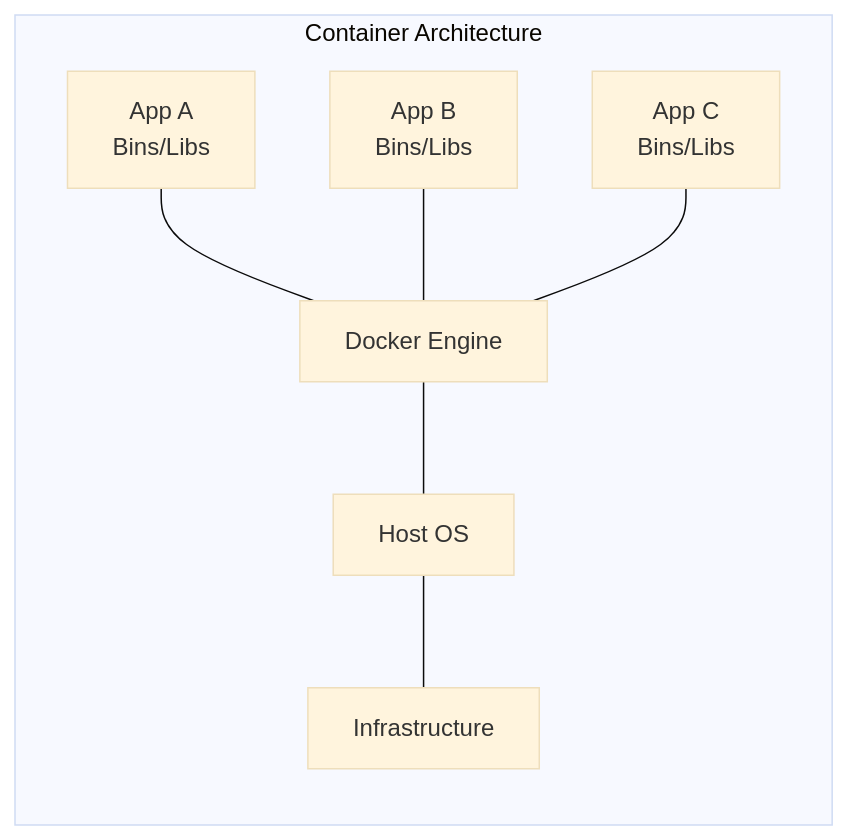
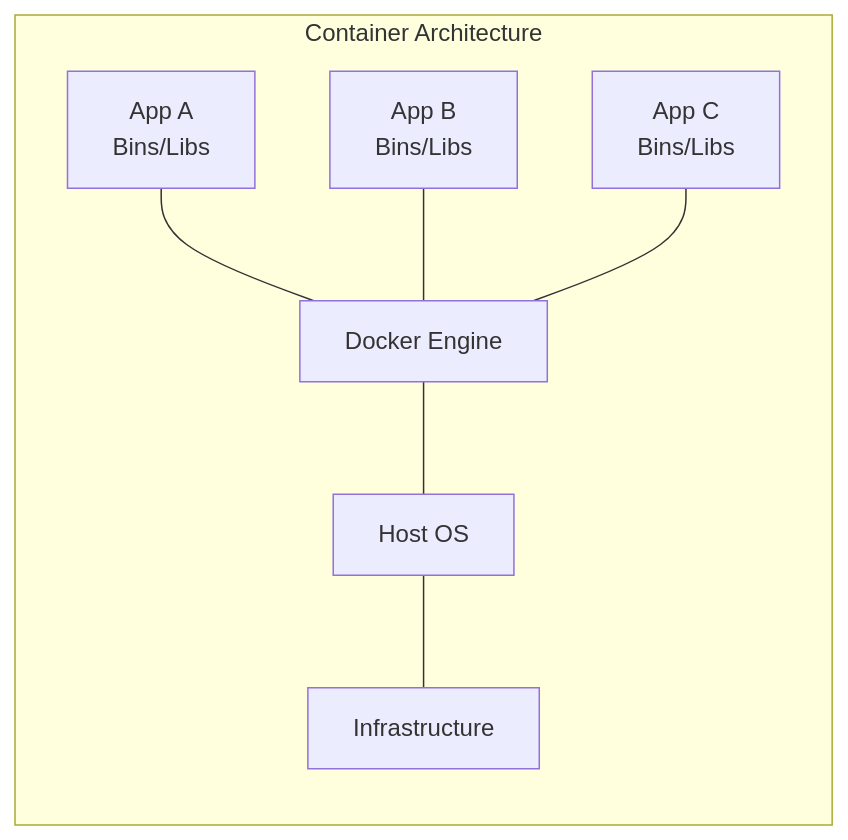
The second of 2 diagrams in _posts/2025-04-27-docker-start.md (shchooii/shchooii.github.io), drawn with Mermaid before and after one commit. The commit also changed other lines of this file, not shown here.

Commit message:
docs: 포스트 테마 변경 안 되는 문제 해결

````diff
--- a/_posts/2025-04-27-docker-start.md
+++ b/_posts/2025-04-27-docker-start.md
@@ -51,20 +51,20 @@
 ```mermaid
-%%{init: {"theme":"base", "flowchart": {"htmlLabels": true}}}%%
+%%{init: {"flowchart": {"htmlLabels": true}}}%%
 graph LR
   %% ───────────── Container Architecture (왼쪽) ─────────────
   subgraph "Container Architecture"
     direction BT
     CInfra["Infrastructure"]:::infrastructure
     CHost["Host OS"]:::os
     CDE["Docker Engine"]:::engine
     CA1["App A<br/>Bins/Libs"]:::container
     CA2["App B<br/>Bins/Libs"]:::container
     CA3["App C<br/>Bins/Libs"]:::container
 
     CInfra --- CHost
     CHost  --- CDE
     CDE    --- CA1
     CDE    --- CA2
     CDE    --- CA3
   end
 ```
````
